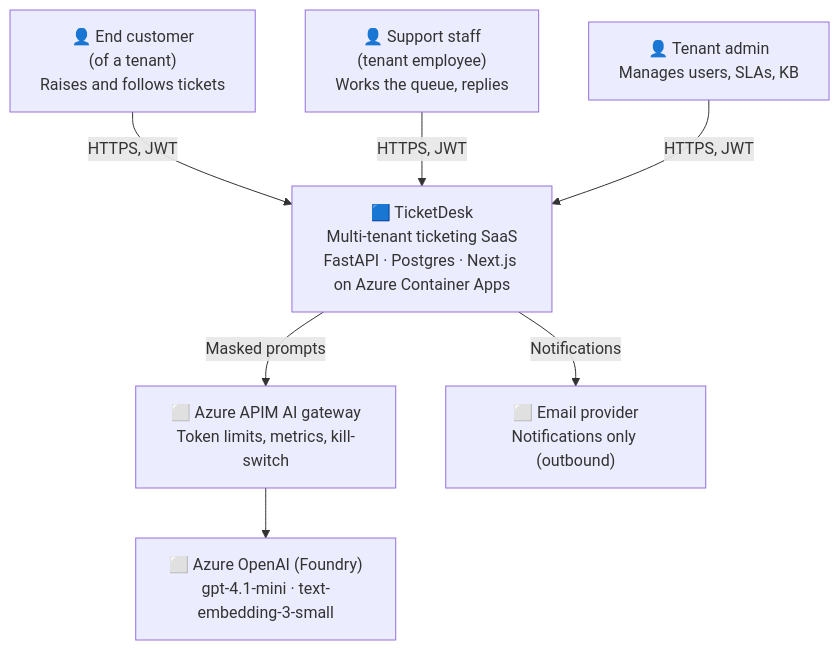
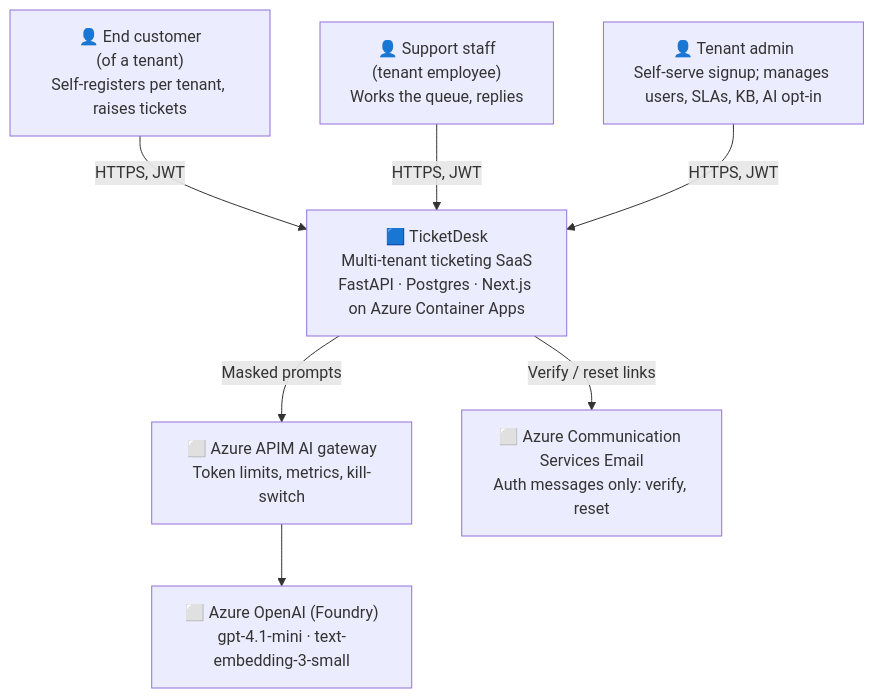
Before and after one commit to DeccansoftAITeam/sdlc-with-agents: the diagram in docs/architecture/c4-context.md, drawn with Mermaid. The commit also changed other lines of this file and 5 other files, not shown here.

````diff
--- a/docs/architecture/c4-context.md
+++ b/docs/architecture/c4-context.md
@@ -3,18 +3,18 @@
 ```mermaid
 flowchart TB
-  cust["👤 End customer<br/>(of a tenant)<br/>Raises and follows tickets"]
+  cust["👤 End customer<br/>(of a tenant)<br/>Self-registers per tenant, raises tickets"]
   staff["👤 Support staff<br/>(tenant employee)<br/>Works the queue, replies"]
-  admin["👤 Tenant admin<br/>Manages users, SLAs, KB"]
+  admin["👤 Tenant admin<br/>Self-serve signup; manages users, SLAs, KB, AI opt-in"]
 
   td["🟦 TicketDesk<br/>Multi-tenant ticketing SaaS<br/>FastAPI · Postgres · Next.js on Azure Container Apps"]
 
   gw["⬜ Azure APIM AI gateway<br/>Token limits, metrics, kill-switch"]
   aoai["⬜ Azure OpenAI (Foundry)<br/>gpt-4.1-mini · text-embedding-3-small"]
-  mail["⬜ Email provider<br/>Notifications only (outbound)"]
+  mail["⬜ Azure Communication Services Email<br/>Auth messages only: verify, reset"]
 
   cust -->|HTTPS, JWT| td
   staff -->|HTTPS, JWT| td
   admin -->|HTTPS, JWT| td
   td -->|Masked prompts| gw --> aoai
-  td -->|Notifications| mail
+  td -->|Verify / reset links| mail
 ```
````
